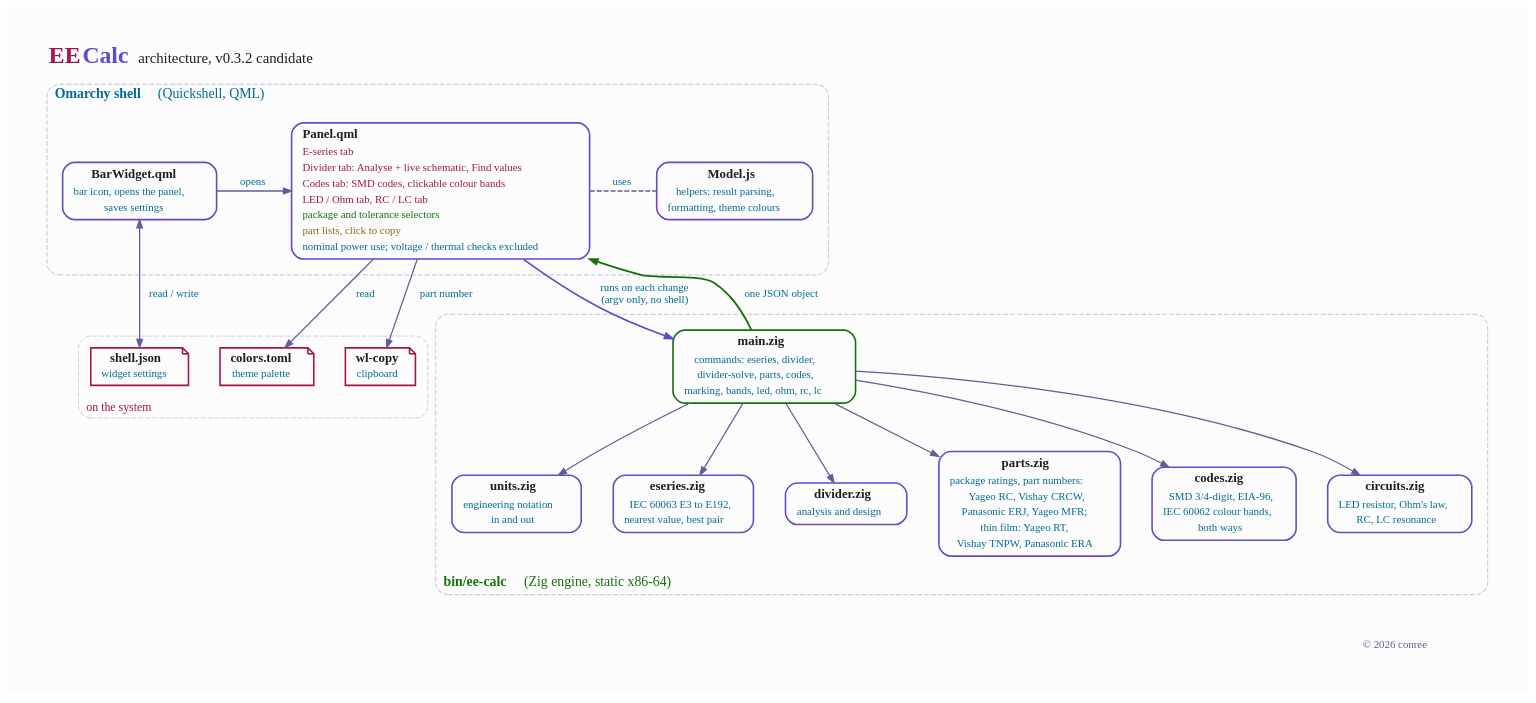
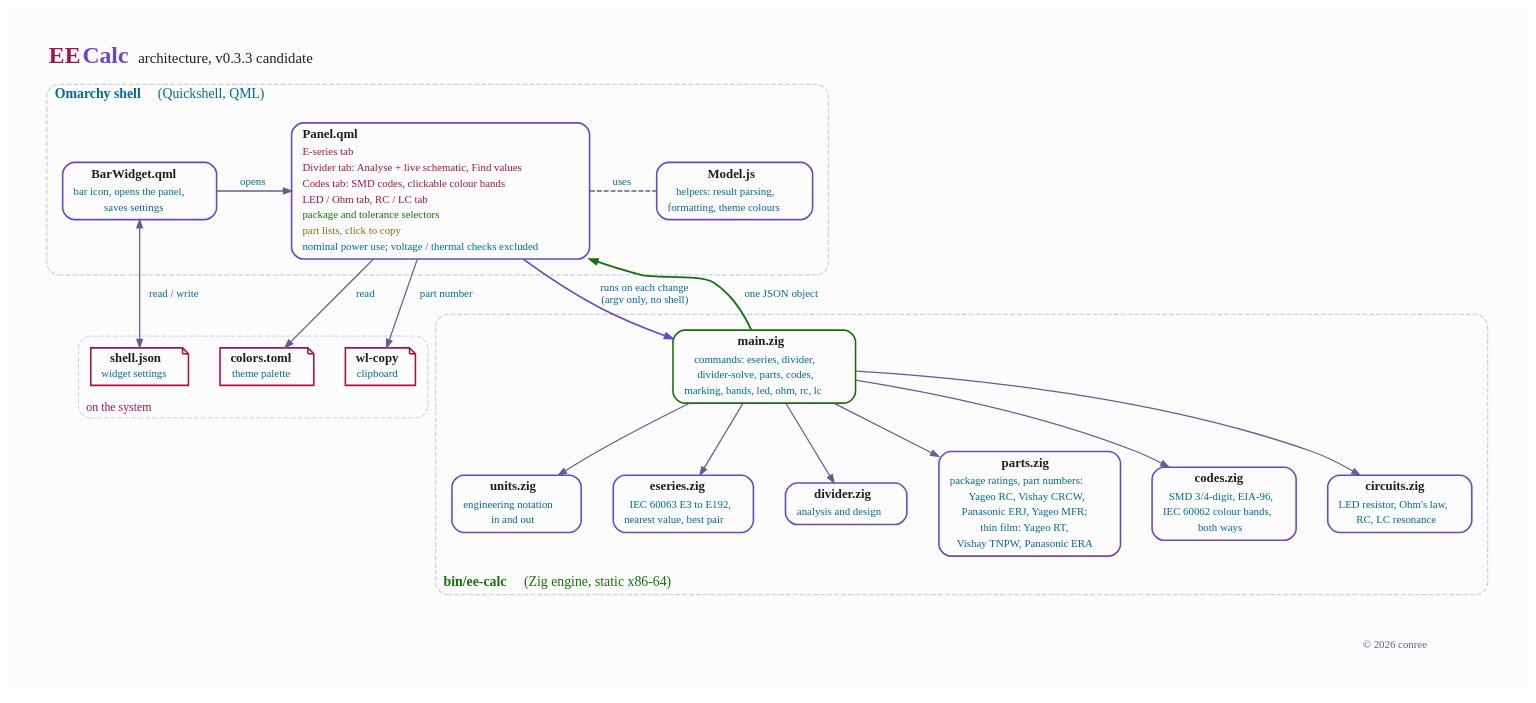
One commit to conree/omarchy-ee-calc changed the diagram in docs/architecture.dot. Above: the diagram before and after it, drawn with Graphviz. The commit also changed 10 other files, not shown here.

```diff
--- a/docs/architecture.dot
+++ b/docs/architecture.dot
@@ -1,121 +1,121 @@
 // EE Calc architecture. Source for docs/architecture.png; regenerate with:
 //   dot -Tpng -Gdpi=144 docs/architecture.dot -o docs/architecture.png
 // Published PNG; private SVG uses local Visby without embedding the font.
 // Colours follow the Documents Standard Alucard light palette. Every label is a table
 // so multi-line text keeps its line spacing.
 
 digraph eecalc {
   graph [rankdir=TB, bgcolor="#fcfcfc", fontname="Visby", fontcolor="#1f1f1f",
          pad=0.45, nodesep=0.45, ranksep=0.65, compound=true, newrank=true, splines=spline]
   node  [shape=box, style="rounded,filled", fillcolor="#fcfcfc", color="#644ac9", penwidth=1.6,
          fontname="Visby", fontcolor="#1f1f1f", fontsize=13, margin="0.12,0.06"]
   edge  [color="#635d97", penwidth=1.3, arrowsize=0.8, fontname="Visby",
          fontcolor="#036a96", fontsize=11]
 
   label=<<TABLE BORDER="0" CELLPADDING="2" CELLSPACING="0">
-    <TR><TD ALIGN="LEFT"><FONT POINT-SIZE="24" COLOR="#a3144d"><B>EE </B></FONT><FONT POINT-SIZE="24" COLOR="#644ac9"><B>Calc</B></FONT><FONT POINT-SIZE="15" COLOR="#1f1f1f">   architecture, v0.3.2 candidate</FONT></TD></TR>
+    <TR><TD ALIGN="LEFT"><FONT POINT-SIZE="24" COLOR="#a3144d"><B>EE </B></FONT><FONT POINT-SIZE="24" COLOR="#644ac9"><B>Calc</B></FONT><FONT POINT-SIZE="15" COLOR="#1f1f1f">   architecture, v0.3.3 candidate</FONT></TD></TR>
   </TABLE>>
   labelloc=t; labeljust=l
 
   // ---- Inside the Omarchy shell -------------------------------------------
   subgraph cluster_shell {
     label=<<FONT COLOR="#036a96" POINT-SIZE="14"><B>Omarchy shell</B>  (Quickshell, QML)</FONT>>
     labeljust=l; style="rounded,dashed"; color="#cfcfde"; penwidth=1.2; margin=16
 
     bar [label=<<TABLE BORDER="0" CELLPADDING="2" CELLSPACING="0">
       <TR><TD><B>BarWidget.qml</B></TD></TR>
       <TR><TD><FONT POINT-SIZE="11" COLOR="#036a96">bar icon, opens the panel,</FONT></TD></TR>
       <TR><TD><FONT POINT-SIZE="11" COLOR="#036a96">saves settings</FONT></TD></TR></TABLE>>]
 
     panel [label=<<TABLE BORDER="0" CELLPADDING="2" CELLSPACING="0">
       <TR><TD ALIGN="LEFT"><B>Panel.qml</B></TD></TR>
       <TR><TD ALIGN="LEFT"><FONT POINT-SIZE="11" COLOR="#a3144d">E-series tab</FONT></TD></TR>
       <TR><TD ALIGN="LEFT"><FONT POINT-SIZE="11" COLOR="#a3144d">Divider tab: Analyse + live schematic, Find values</FONT></TD></TR>
       <TR><TD ALIGN="LEFT"><FONT POINT-SIZE="11" COLOR="#a3144d">Codes tab: SMD codes, clickable colour bands</FONT></TD></TR>
       <TR><TD ALIGN="LEFT"><FONT POINT-SIZE="11" COLOR="#a3144d">LED / Ohm tab, RC / LC tab</FONT></TD></TR>
       <TR><TD ALIGN="LEFT"><FONT POINT-SIZE="11" COLOR="#14710a">package and tolerance selectors</FONT></TD></TR>
       <TR><TD ALIGN="LEFT"><FONT POINT-SIZE="11" COLOR="#846e15">part lists, click to copy</FONT></TD></TR>
       <TR><TD ALIGN="LEFT"><FONT POINT-SIZE="11" COLOR="#036a96">nominal power use; voltage / thermal checks excluded</FONT></TD></TR></TABLE>>]
 
     model [label=<<TABLE BORDER="0" CELLPADDING="2" CELLSPACING="0">
       <TR><TD><B>Model.js</B></TD></TR>
       <TR><TD><FONT POINT-SIZE="11" COLOR="#036a96">helpers: result parsing,</FONT></TD></TR>
       <TR><TD><FONT POINT-SIZE="11" COLOR="#036a96">formatting, theme colours</FONT></TD></TR></TABLE>>]
 
     { rank=same; bar; panel; model }
     bar -> panel [label="  opens  "]
     panel -> model [label="  uses  ", arrowhead=none, style=dashed]
   }
 
   // ---- Files and tools the shell side touches -------------------------------
   subgraph cluster_ext {
     label=<<FONT COLOR="#a3144d" POINT-SIZE="12">on the system</FONT>>
     labeljust=l; labelloc=b; style="rounded,dashed"; color="#cfcfde"; penwidth=1.0; margin=12
     node [shape=note, color="#a3144d"]
     shelljson [label=<<TABLE BORDER="0" CELLPADDING="1" CELLSPACING="0"><TR><TD><B>shell.json</B></TD></TR><TR><TD><FONT POINT-SIZE="11" COLOR="#036a96">widget settings</FONT></TD></TR></TABLE>>]
     colors    [label=<<TABLE BORDER="0" CELLPADDING="1" CELLSPACING="0"><TR><TD><B>colors.toml</B></TD></TR><TR><TD><FONT POINT-SIZE="11" COLOR="#036a96">theme palette</FONT></TD></TR></TABLE>>]
     wlcopy    [label=<<TABLE BORDER="0" CELLPADDING="1" CELLSPACING="0"><TR><TD><B>wl-copy</B></TD></TR><TR><TD><FONT POINT-SIZE="11" COLOR="#036a96">clipboard</FONT></TD></TR></TABLE>>]
     { rank=same; shelljson; colors; wlcopy }
   }
 
   bar   -> shelljson [label="  read / write  ", dir=both, arrowtail=normal]
   panel -> colors    [label="  read  "]
   panel -> wlcopy    [label="  part number  "]
 
   // ---- The Zig engine -----------------------------------------------------
   subgraph cluster_engine {
     label=<<FONT COLOR="#14710a" POINT-SIZE="14"><B>bin/ee-calc</B>  (Zig engine, static x86-64)</FONT>>
     labeljust=l; labelloc=b; style="rounded,dashed"; color="#cfcfde"; penwidth=1.2; margin=16
 
     main [color="#14710a", label=<<TABLE BORDER="0" CELLPADDING="2" CELLSPACING="0">
       <TR><TD><B>main.zig</B></TD></TR>
       <TR><TD><FONT POINT-SIZE="11" COLOR="#036a96">commands: eseries, divider,</FONT></TD></TR>
       <TR><TD><FONT POINT-SIZE="11" COLOR="#036a96">divider-solve, parts, codes,</FONT></TD></TR>
       <TR><TD><FONT POINT-SIZE="11" COLOR="#036a96">marking, bands, led, ohm, rc, lc</FONT></TD></TR></TABLE>>]
 
     units [label=<<TABLE BORDER="0" CELLPADDING="2" CELLSPACING="0">
       <TR><TD><B>units.zig</B></TD></TR>
       <TR><TD><FONT POINT-SIZE="11" COLOR="#036a96">engineering notation</FONT></TD></TR>
       <TR><TD><FONT POINT-SIZE="11" COLOR="#036a96">in and out</FONT></TD></TR></TABLE>>]
     eseries [label=<<TABLE BORDER="0" CELLPADDING="2" CELLSPACING="0">
       <TR><TD><B>eseries.zig</B></TD></TR>
       <TR><TD><FONT POINT-SIZE="11" COLOR="#036a96">IEC 60063 E3 to E192,</FONT></TD></TR>
       <TR><TD><FONT POINT-SIZE="11" COLOR="#036a96">nearest value, best pair</FONT></TD></TR></TABLE>>]
     divider [label=<<TABLE BORDER="0" CELLPADDING="2" CELLSPACING="0">
       <TR><TD><B>divider.zig</B></TD></TR>
       <TR><TD><FONT POINT-SIZE="11" COLOR="#036a96">analysis and design</FONT></TD></TR></TABLE>>]
     parts [label=<<TABLE BORDER="0" CELLPADDING="2" CELLSPACING="0">
       <TR><TD><B>parts.zig</B></TD></TR>
       <TR><TD><FONT POINT-SIZE="11" COLOR="#036a96">package ratings, part numbers:</FONT></TD></TR>
       <TR><TD><FONT POINT-SIZE="11" COLOR="#036a96">Yageo RC, Vishay CRCW,</FONT></TD></TR>
       <TR><TD><FONT POINT-SIZE="11" COLOR="#036a96">Panasonic ERJ, Yageo MFR;</FONT></TD></TR>
       <TR><TD><FONT POINT-SIZE="11" COLOR="#036a96">thin film: Yageo RT,</FONT></TD></TR>
       <TR><TD><FONT POINT-SIZE="11" COLOR="#036a96">Vishay TNPW, Panasonic ERA</FONT></TD></TR></TABLE>>]
 
     codes [label=<<TABLE BORDER="0" CELLPADDING="2" CELLSPACING="0">
       <TR><TD><B>codes.zig</B></TD></TR>
       <TR><TD><FONT POINT-SIZE="11" COLOR="#036a96">SMD 3/4-digit, EIA-96,</FONT></TD></TR>
       <TR><TD><FONT POINT-SIZE="11" COLOR="#036a96">IEC 60062 colour bands,</FONT></TD></TR>
       <TR><TD><FONT POINT-SIZE="11" COLOR="#036a96">both ways</FONT></TD></TR></TABLE>>]
     circuits [label=<<TABLE BORDER="0" CELLPADDING="2" CELLSPACING="0">
       <TR><TD><B>circuits.zig</B></TD></TR>
       <TR><TD><FONT POINT-SIZE="11" COLOR="#036a96">LED resistor, Ohm's law,</FONT></TD></TR>
       <TR><TD><FONT POINT-SIZE="11" COLOR="#036a96">RC, LC resonance</FONT></TD></TR></TABLE>>]
 
     { rank=same; units; eseries; divider; parts; codes; circuits }
     main -> units
     main -> eseries
     main -> divider
     main -> parts
     main -> codes
     main -> circuits
   }
 
   // ---- Copyright, bottom right: hung below the rightmost module -----------
   copyright [shape=plaintext, style="", label=<<FONT POINT-SIZE="11" COLOR="#635d97">© 2026 conree</FONT>>]
   circuits -> copyright [style=invis]
 
   // ---- Panel <-> engine -----------------------------------------------------
   panel -> main [label=<  runs on each change<BR/>  (argv only, no shell)  >, color="#644ac9", penwidth=1.8]
   main -> panel [label="  one JSON object  ", color="#14710a", penwidth=1.8]
 }
```
